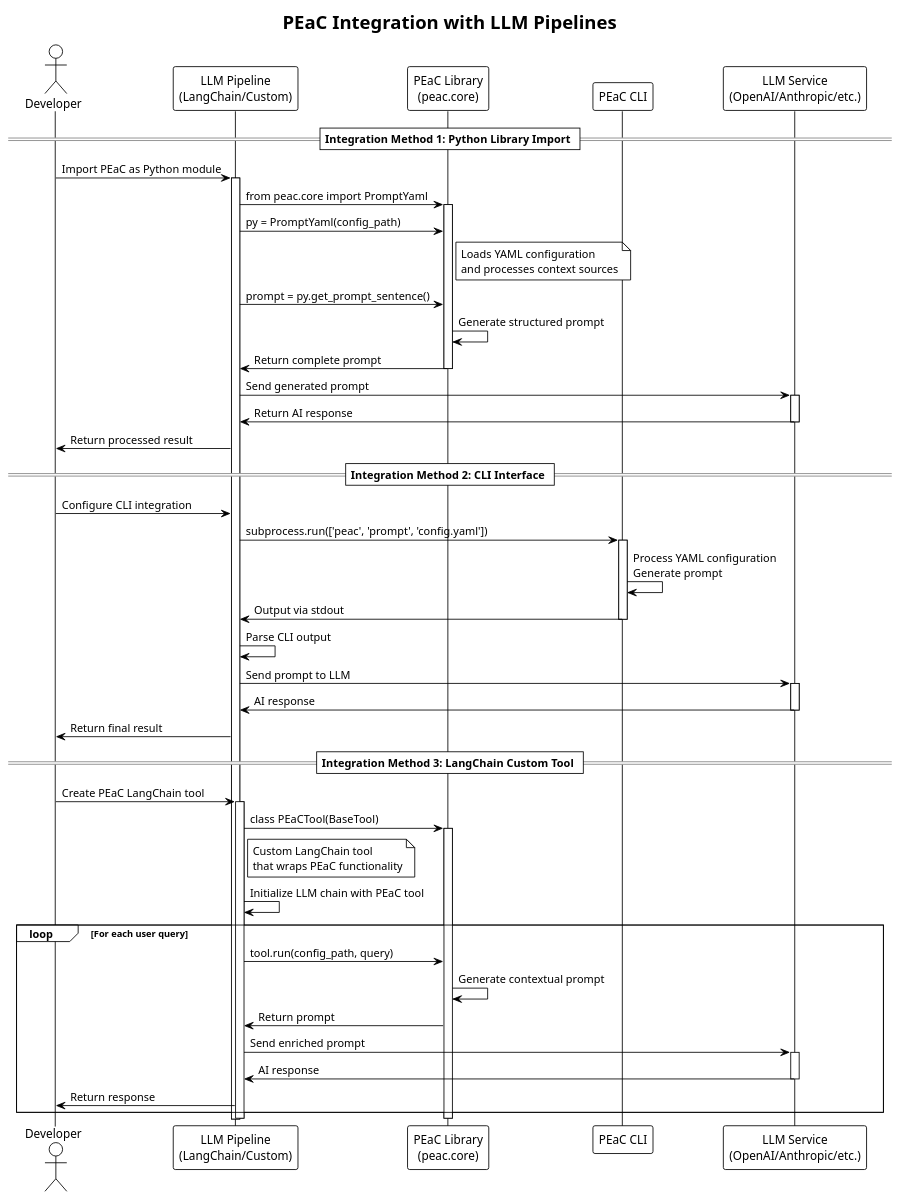
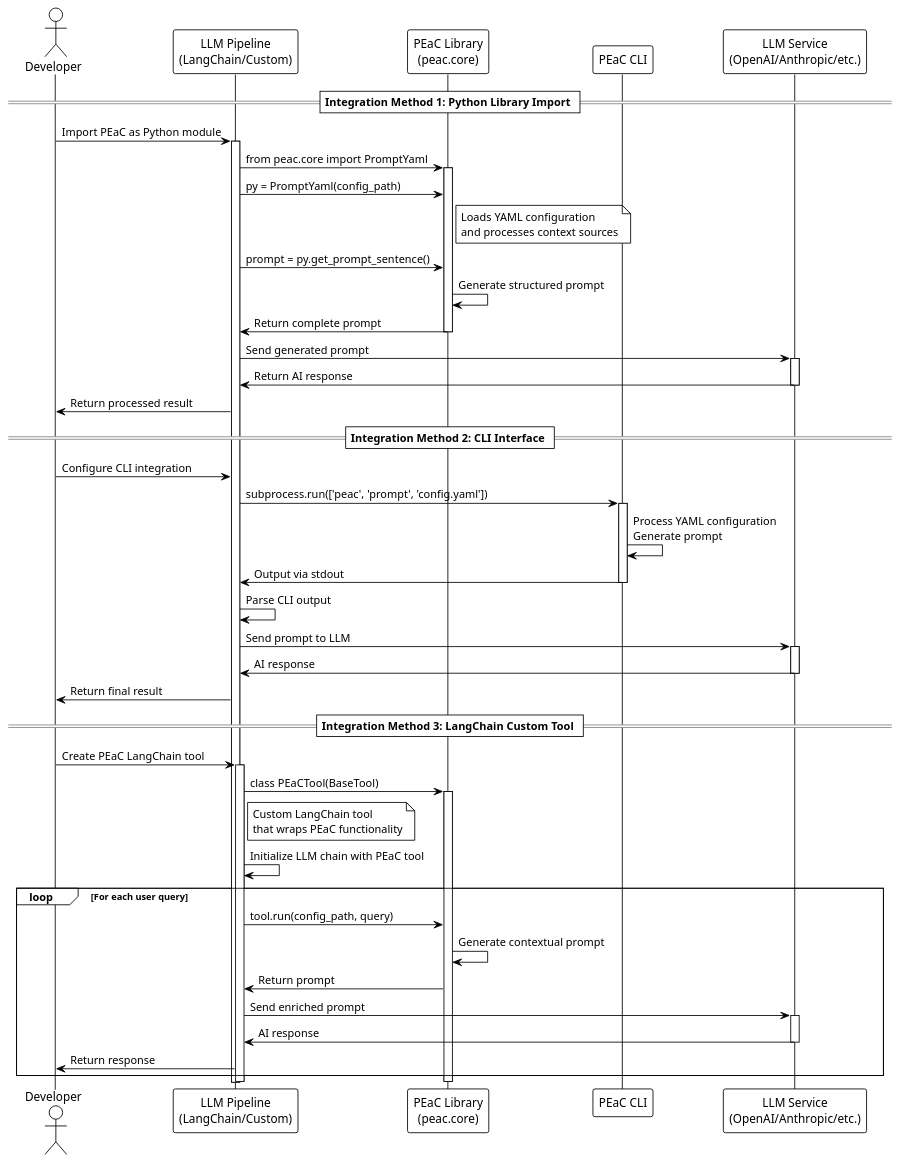
The diagram in docs/peac_integration_sequence.puml (giper45/peac), drawn with PlantUML before and after one commit. The commit also changed 12 other files, not shown here.

```diff
--- a/docs/peac_integration_sequence.puml
+++ b/docs/peac_integration_sequence.puml
@@ -1,81 +1,80 @@
 @startuml PEaC_Integration_Sequence
 !theme plain
 
-title PEaC Integration with LLM Pipelines
 
 actor "Developer" as Dev
 participant "LLM Pipeline\n(LangChain/Custom)" as Pipeline
 participant "PEaC Library\n(peac.core)" as PEaCLib
 participant "PEaC CLI" as PEaCCLI
 participant "LLM Service\n(OpenAI/Anthropic/etc.)" as LLM
 
 == Integration Method 1: Python Library Import ==
 
 Dev -> Pipeline: Import PEaC as Python module
 activate Pipeline
 
 Pipeline -> PEaCLib: from peac.core import PromptYaml
 activate PEaCLib
 
 Pipeline -> PEaCLib: py = PromptYaml(config_path)
 note right of PEaCLib: Loads YAML configuration\nand processes context sources
 
 Pipeline -> PEaCLib: prompt = py.get_prompt_sentence()
 PEaCLib -> PEaCLib: Generate structured prompt
 PEaCLib -> Pipeline: Return complete prompt
 deactivate PEaCLib
 
 Pipeline -> LLM: Send generated prompt
 activate LLM
 LLM -> Pipeline: Return AI response
 deactivate LLM
 
 Pipeline -> Dev: Return processed result
 
 == Integration Method 2: CLI Interface ==
 
 Dev -> Pipeline: Configure CLI integration
 Pipeline -> PEaCCLI: subprocess.run(['peac', 'prompt', 'config.yaml'])
 activate PEaCCLI
 
 PEaCCLI -> PEaCCLI: Process YAML configuration\nGenerate prompt
 PEaCCLI -> Pipeline: Output via stdout
 deactivate PEaCCLI
 
 Pipeline -> Pipeline: Parse CLI output
 Pipeline -> LLM: Send prompt to LLM
 activate LLM
 LLM -> Pipeline: AI response
 deactivate LLM
 
 Pipeline -> Dev: Return final result
 
 == Integration Method 3: LangChain Custom Tool ==
 
 Dev -> Pipeline: Create PEaC LangChain tool
 activate Pipeline
 
 Pipeline -> PEaCLib: class PEaCTool(BaseTool)
 activate PEaCLib
 
 note right of Pipeline: Custom LangChain tool\nthat wraps PEaC functionality
 
 Pipeline -> Pipeline: Initialize LLM chain with PEaC tool
 
 loop For each user query
     Pipeline -> PEaCLib: tool.run(config_path, query)
     PEaCLib -> PEaCLib: Generate contextual prompt
     PEaCLib -> Pipeline: Return prompt
     
     Pipeline -> LLM: Send enriched prompt
     activate LLM
     LLM -> Pipeline: AI response
     deactivate LLM
     
     Pipeline -> Dev: Return response
 end
 
 deactivate PEaCLib
 deactivate Pipeline
 
 @enduml
```
